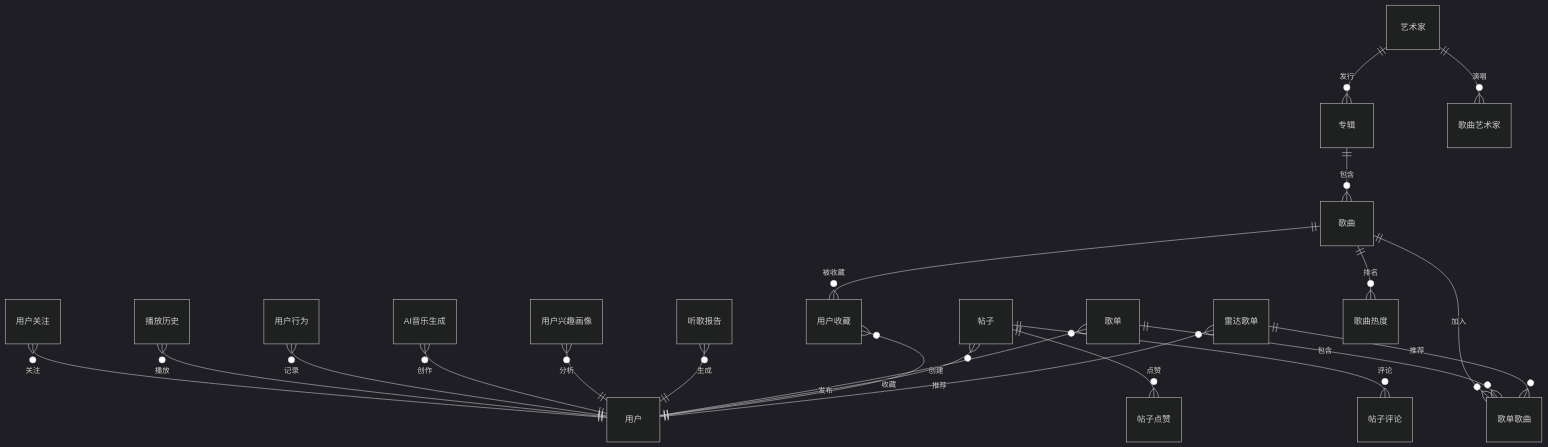
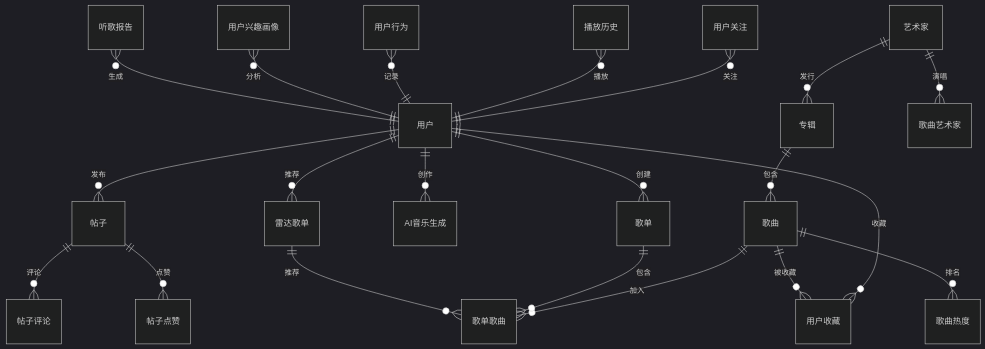
The diagram in doc/ER图-中文版.md (kewangzhen/fly-music), drawn with Mermaid (dark theme) before and after one commit.

Commit message:
docs: 更新ER图布局

````diff
--- a/doc/ER图-中文版.md
+++ b/doc/ER图-中文版.md
@@ -7,64 +7,58 @@
 ```mermaid
 erDiagram
-    %% 用户相关 - 在用户上方
+    %% 用户核心关系
+    用户 ||--o{ 歌单 : 创建
+    用户 ||--o{ 帖子 : 发布
+    用户 ||--o{ 用户收藏 : 收藏
+    用户 ||--o{ AI音乐生成 : 创作
+    用户 ||--o{ 雷达歌单 : 推荐
+
     用户关注 }o--|| 用户 : 关注
     播放历史 }o--|| 用户 : 播放
     用户行为 }o--|| 用户 : 记录
-    AI音乐生成 }o--|| 用户 : 创作
     用户兴趣画像 }o--|| 用户 : 分析
     听歌报告 }o--|| 用户 : 生成
-
-    %% 用户 - 核心实体
-    用户 { }
-
-    %% 用户相关 - 在用户下方
-    歌单 }o--|| 用户 : 创建
-    帖子 }o--|| 用户 : 发布
-    用户收藏 }o--|| 用户 : 收藏
-    雷达歌单 }o--|| 用户 : 推荐
 
     %% 艺术家关系
     艺术家 ||--o{ 专辑 : 发行
     艺术家 ||--o{ 歌曲艺术家 : 演唱
 
     %% 专辑歌曲关系
     专辑 ||--o{ 歌曲 : 包含
 
     %% 歌曲关系
     歌曲 ||--o{ 歌单歌曲 : 加入
     歌曲 ||--o{ 用户收藏 : 被收藏
     歌曲 ||--o{ 歌曲热度 : 排名
 
     %% 歌单关系
     歌单 ||--o{ 歌单歌曲 : 包含
 
     %% 社交关系
     帖子 ||--o{ 帖子评论 : 评论
     帖子 ||--o{ 帖子点赞 : 点赞
 
     %% 雷达关系
     雷达歌单 ||--o{ 歌单歌曲 : 推荐
 
     %% 表定义
+    用户 { }
+    歌单 { }
+    帖子 { }
+    用户收藏 { }
     用户关注 { }
     播放历史 { }
     用户行为 { }
     AI音乐生成 { }
     用户兴趣画像 { }
     听歌报告 { }
-    
-    用户 { }
-    
-    歌单 { }
-    帖子 { }
-    用户收藏 { }
     雷达歌单 { }
     艺术家 { }
     专辑 { }
     歌曲 { }
     歌曲艺术家 { }
     歌单歌曲 { }
     歌曲热度 { }
     帖子评论 { }
     帖子点赞 { }
 ```
````
